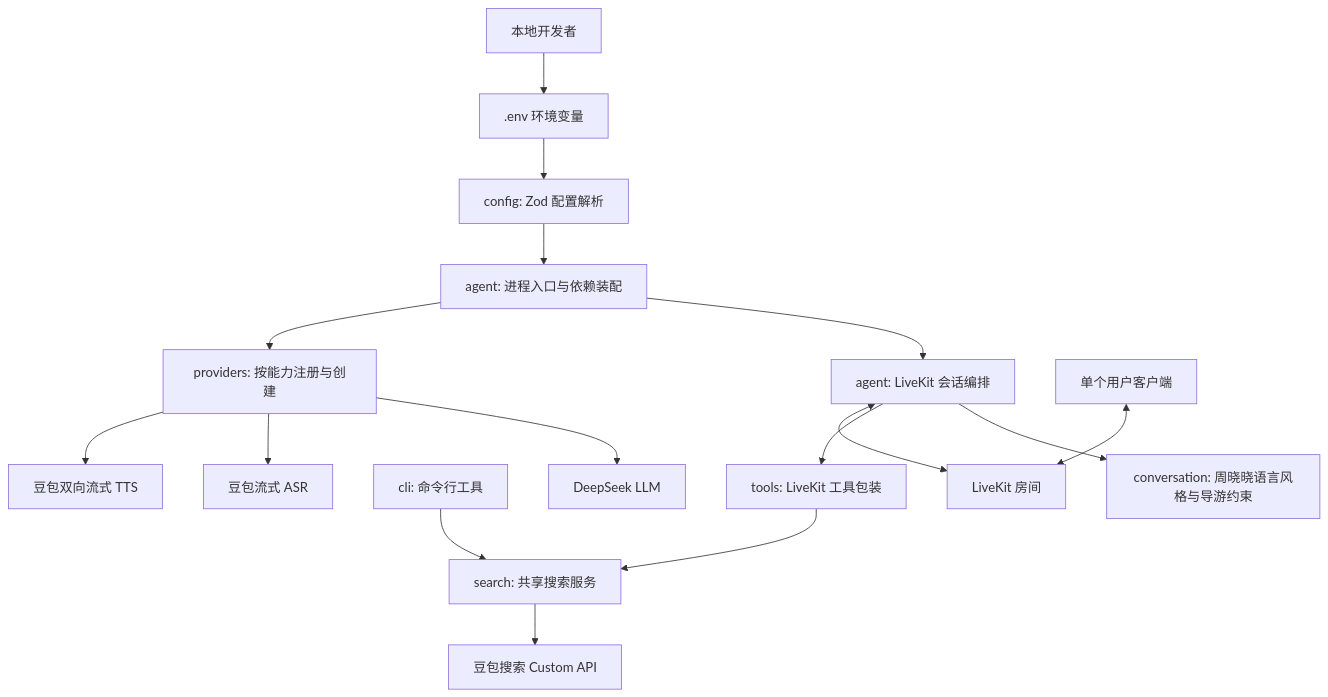
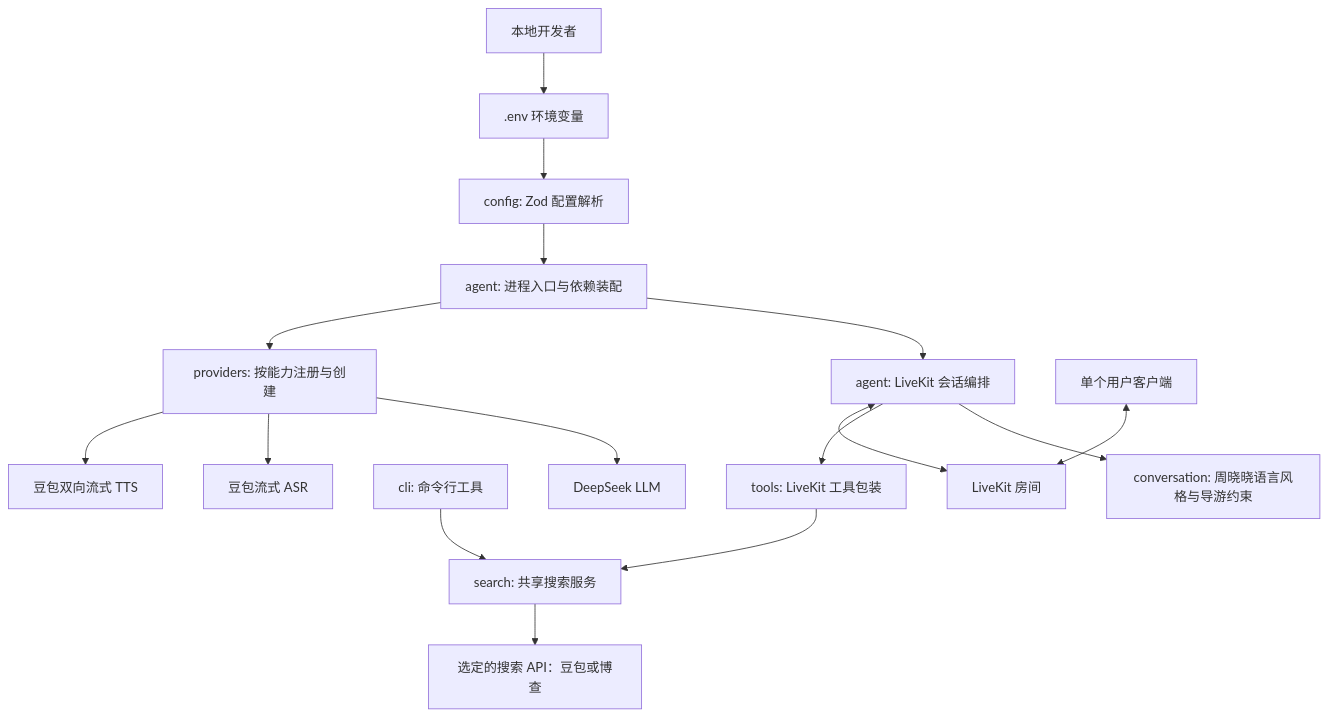
The first of 5 diagrams in docs/architecture/overview.md (QAyong/msfs-ai-voice-guide), drawn with Mermaid before and after one commit. The commit also changed other lines of this file and 29 other files, not shown here.

````diff
--- a/docs/architecture/overview.md
+++ b/docs/architecture/overview.md
@@ -17,18 +17,18 @@
 ```mermaid
 graph TD
     Dev[本地开发者] --> Env[.env 环境变量]
     Env --> Config[config: Zod 配置解析]
     Config --> Bootstrap[agent: 进程入口与依赖装配]
     Bootstrap --> Session[agent: LiveKit 会话编排]
     Bootstrap --> Providers[providers: 按能力注册与创建]
     Session --> Guide[conversation: 周晓晓语言风格与导游约束]
     Session --> Tools[tools: LiveKit 工具包装]
     Tools --> Search[search: 共享搜索服务]
     CLI[cli: 命令行工具] --> Search
-    Search --> WebSearch[豆包搜索 Custom API]
+    Search --> WebSearch[选定的搜索 API：豆包或博查]
     Providers --> LLM[DeepSeek LLM]
     Providers --> STT[豆包流式 ASR]
     Providers --> TTS[豆包双向流式 TTS]
     Session <--> Room[LiveKit 房间]
     User[单个用户客户端] <--> Room
 ```
````
